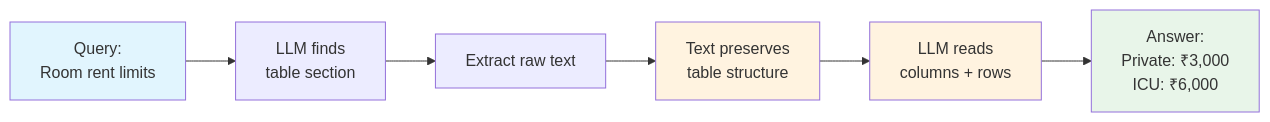
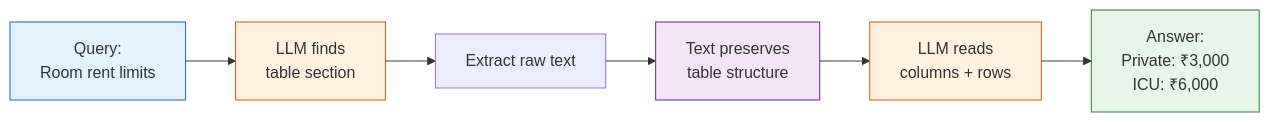
The fifth of 6 diagrams in lab2/lab2_vectorless_rag_advanced.md (AyushSinghRana15/Vectorless-RAG), drawn with Mermaid before and after one commit. The commit also changed other lines of this file and 1 other file, not shown here.

Commit message:
Standardize Mermaid diagram colors across both labs

````diff
--- a/lab2/lab2_vectorless_rag_advanced.md
+++ b/lab2/lab2_vectorless_rag_advanced.md
@@ -410,12 +416,13 @@
 ```mermaid
 flowchart LR
     A["Query:\nRoom rent limits"] --> B["LLM finds\ntable section"]
     B --> C["Extract raw text"]
     C --> D["Text preserves\ntable structure"]
     D --> E["LLM reads\ncolumns + rows"]
     E --> F["Answer:\nPrivate: ₹3,000\nICU: ₹6,000"]
-    style A fill:#e1f5fe
-    style F fill:#e8f5e9
-    style D fill:#fff3e0
-    style E fill:#fff3e0
+    style A fill:#e3f2fd,stroke:#1565c0
+    style F fill:#e8f5e9,stroke:#2e7d32
+    style B fill:#fff3e0,stroke:#e65100
+    style E fill:#fff3e0,stroke:#e65100
+    style D fill:#f3e5f5,stroke:#6a1b9a
 ```
````
